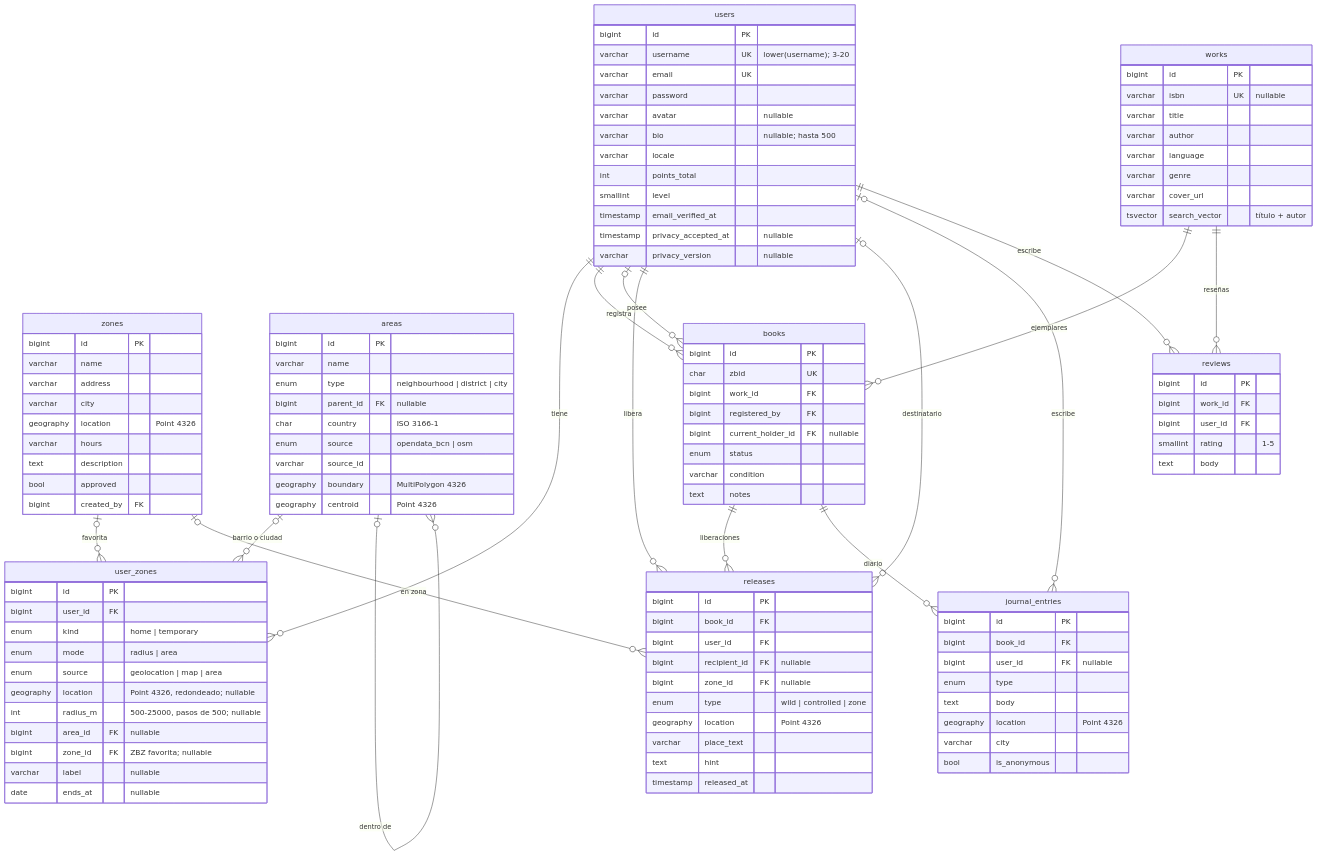
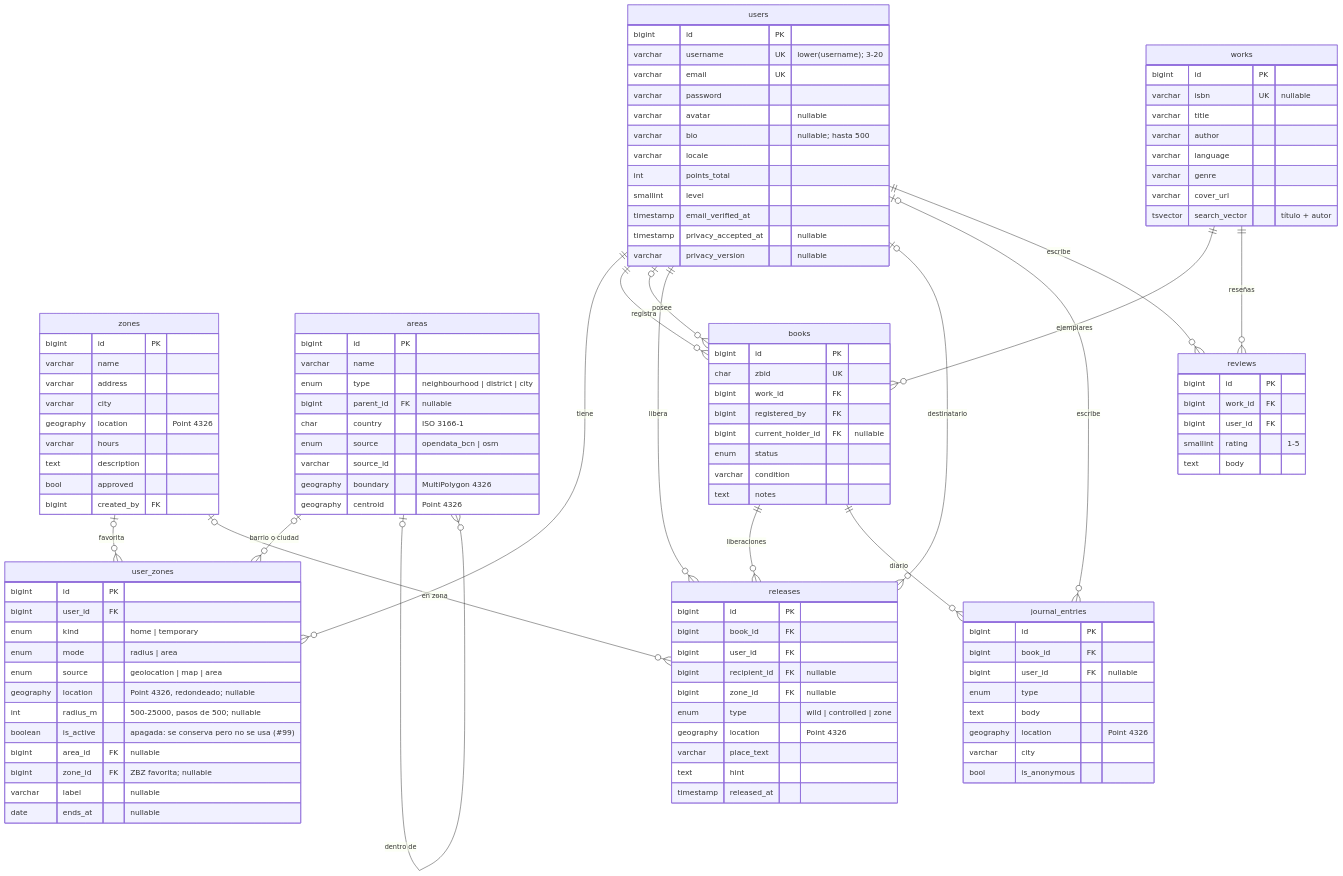
The first of 5 diagrams in docs/diagramas/06-er.md (zStrikke/zBooks), drawn with Mermaid before and after one commit. The commit also changed 3 other files, not shown here.

First line of the commit message:
docs(zona): revisión del ADR-0013, ER, changelog y diario #039 (#99)

```diff
--- a/docs/diagramas/06-er.md
+++ b/docs/diagramas/06-er.md
@@ -44,6 +44,7 @@
         enum source "geolocation | map | area"
         geography location "Point 4326, redondeado; nullable"
         int radius_m "500-25000, pasos de 500; nullable"
+        boolean is_active "apagada: se conserva pero no se usa (#99)"
         bigint area_id FK "nullable"
         bigint zone_id FK "ZBZ favorita; nullable"
         varchar label "nullable"
```
